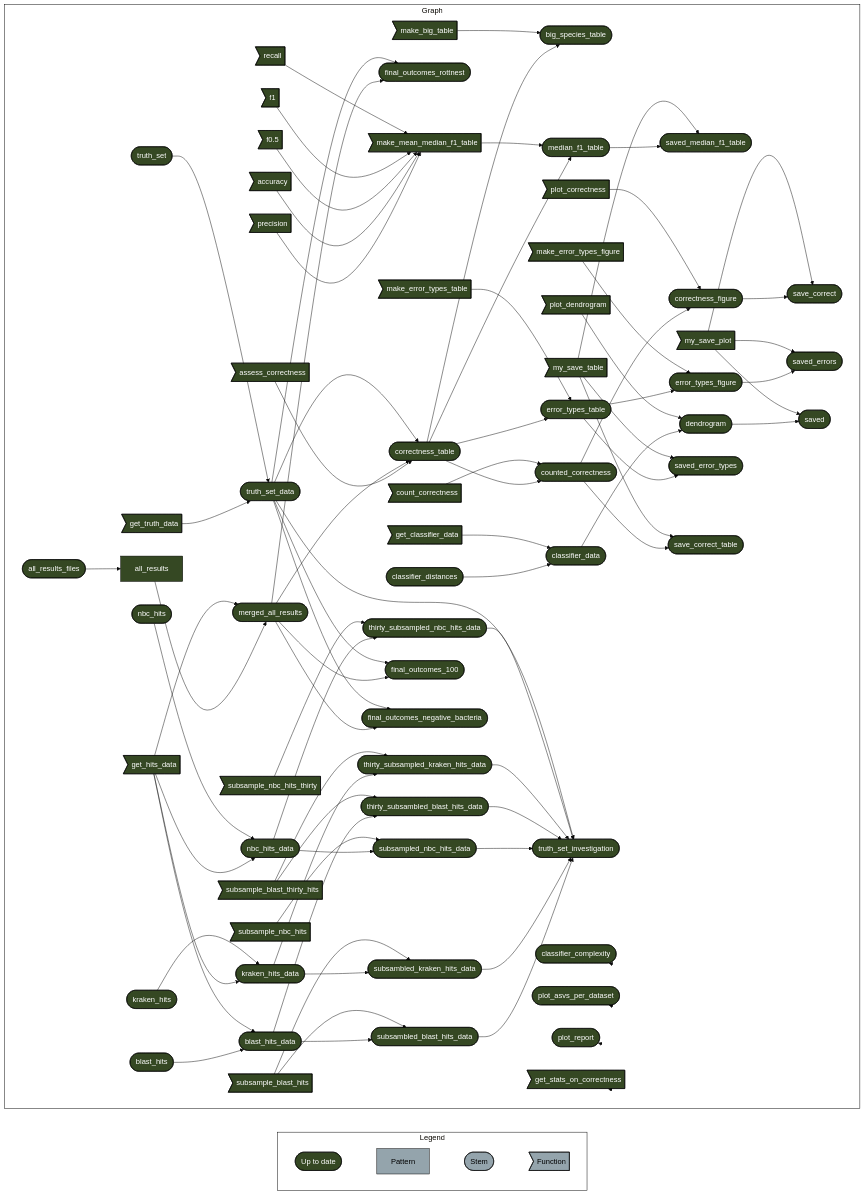
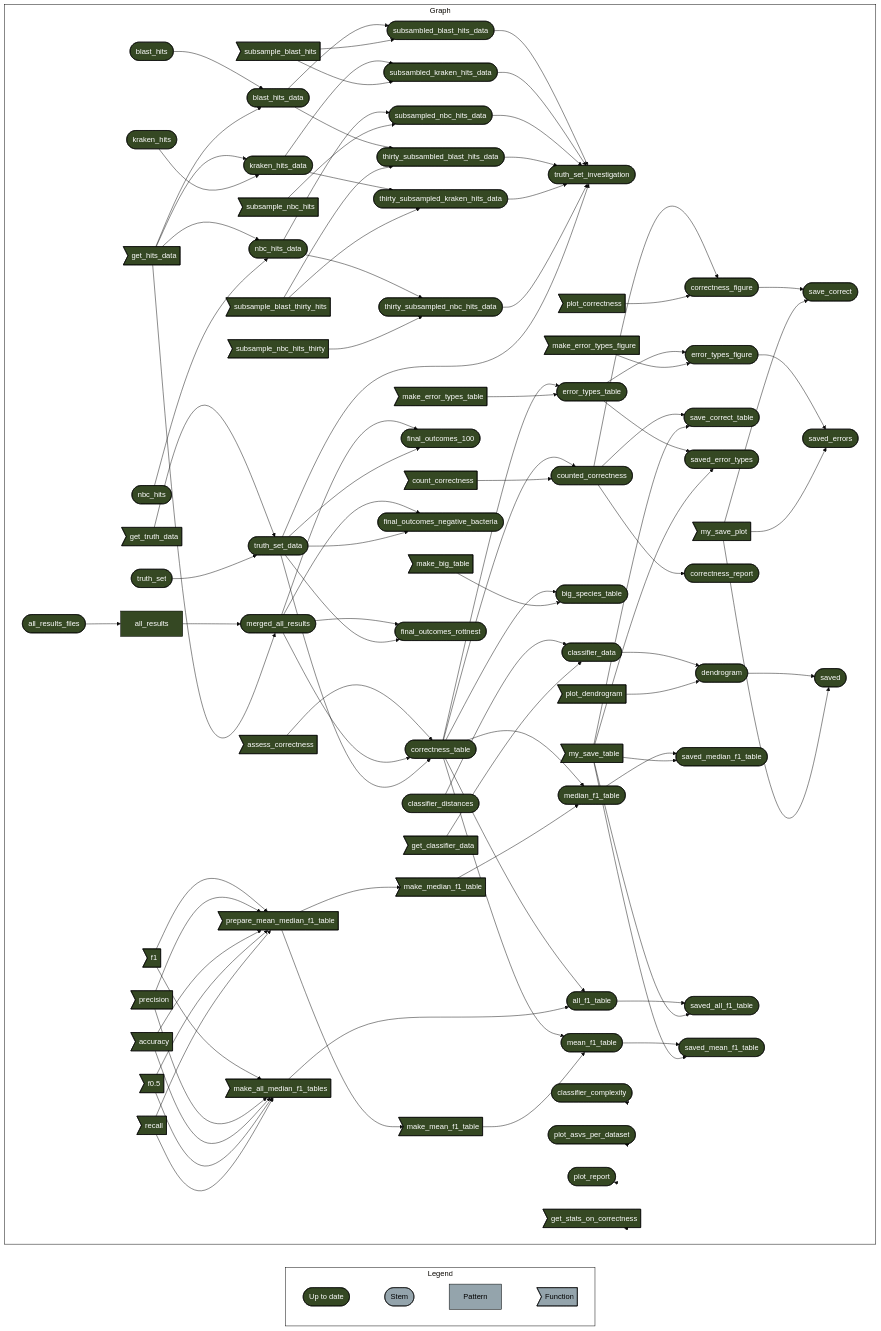
The diagram in README.md (Computational-Biology-OceanOmics/OceanOmics-classifier-comparison), drawn with Mermaid (base theme) before and after one commit. The commit also changed other lines of this file and 123 other files, not shown here.

````diff
--- a/README.md
+++ b/README.md
@@ -28,51 +47,24 @@
   style Graph fill:#FFFFFF00,stroke:#000000;
   subgraph Legend
     direction LR
-    x7420bd9270f8d27d([""Up to date""]):::uptodate --- x70a5fa6bea6f298d[""Pattern""]:::none
-    x70a5fa6bea6f298d[""Pattern""]:::none --- xbf4603d6c2c2ad6b([""Stem""]):::none
-    xbf4603d6c2c2ad6b([""Stem""]):::none --- xf0bce276fe2b9d3e>""Function""]:::none
+    x7420bd9270f8d27d([""Up to date""]):::uptodate --- xbf4603d6c2c2ad6b([""Stem""]):::none
+    xbf4603d6c2c2ad6b([""Stem""]):::none --- x70a5fa6bea6f298d[""Pattern""]:::none
+    x70a5fa6bea6f298d[""Pattern""]:::none --- xf0bce276fe2b9d3e>""Function""]:::none
   end
   subgraph Graph
     direction LR
-    x21ec04b3aba1a739>"precision"]:::uptodate --> xcd3647a431ed3d93>"make_mean_median_f1_table"]:::uptodate
-    x8f227df403c8969f>"accuracy"]:::uptodate --> xcd3647a431ed3d93>"make_mean_median_f1_table"]:::uptodate
-    x5bd3c0b98612ad82>"f0.5"]:::uptodate --> xcd3647a431ed3d93>"make_mean_median_f1_table"]:::uptodate
-    xdfc9ff1b391aa400>"f1"]:::uptodate --> xcd3647a431ed3d93>"make_mean_median_f1_table"]:::uptodate
-    x47d805de93d2f724>"recall"]:::uptodate --> xcd3647a431ed3d93>"make_mean_median_f1_table"]:::uptodate
-    x837f996ab35491da>"get_hits_data"]:::uptodate --> x42612793169637e0(["nbc_hits_data"]):::uptodate
-    x5117ea88dbd5add2(["nbc_hits"]):::uptodate --> x42612793169637e0(["nbc_hits_data"]):::uptodate
-    x92e63fc22641faa5(["merged_all_results"]):::uptodate --> xb55a8ff957ab9650(["final_outcomes_rottnest"]):::uptodate
-    xbdd42ceae2a54d2c(["truth_set_data"]):::uptodate --> xb55a8ff957ab9650(["final_outcomes_rottnest"]):::uptodate
-    x42612793169637e0(["nbc_hits_data"]):::uptodate --> x25ebbc9fc53b1418(["thirty_subsampled_nbc_hits_data"]):::uptodate
-    x476c8f557e2b0910>"subsample_nbc_hits_thirty"]:::uptodate --> x25ebbc9fc53b1418(["thirty_subsampled_nbc_hits_data"]):::uptodate
-    x5f73e2549f58db1c(["correctness_table"]):::uptodate --> x6b25831f1b56a7e8(["big_species_table"]):::uptodate
-    xbb97e5fbae12b8d4>"make_big_table"]:::uptodate --> x6b25831f1b56a7e8(["big_species_table"]):::uptodate
-    x9024d58abea360f6(["kraken_hits_data"]):::uptodate --> xc4269aa5995e6a3f(["subsambled_kraken_hits_data"]):::uptodate
-    xa731a5475c946be2>"subsample_blast_hits"]:::uptodate --> xc4269aa5995e6a3f(["subsambled_kraken_hits_data"]):::uptodate
-    x70622bc5282148b6(["median_f1_table"]):::uptodate --> xa9d595dde94cca52(["saved_median_f1_table"]):::uptodate
-    x7c6dfc5f483b8518>"my_save_table"]:::uptodate --> xa9d595dde94cca52(["saved_median_f1_table"]):::uptodate
-    x4cbe0500373226c1(["classifier_data"]):::uptodate --> x264c7e682ec442b2(["dendrogram"]):::uptodate
-    x994946b41121bfa6>"plot_dendrogram"]:::uptodate --> x264c7e682ec442b2(["dendrogram"]):::uptodate
-    xf2c68c9c4c5bbbc3(["classifier_distances"]):::uptodate --> x4cbe0500373226c1(["classifier_data"]):::uptodate
-    x8279777903f3f13d>"get_classifier_data"]:::uptodate --> x4cbe0500373226c1(["classifier_data"]):::uptodate
-    x0fe0b162e5f2d977(["counted_correctness"]):::uptodate --> x8c50ad78daae7d7d(["correctness_figure"]):::uptodate
-    x5071aff9d46fc375>"plot_correctness"]:::uptodate --> x8c50ad78daae7d7d(["correctness_figure"]):::uptodate
-    xa63f30966279f049["all_results"]:::uptodate --> x92e63fc22641faa5(["merged_all_results"]):::uptodate
-    x837f996ab35491da>"get_hits_data"]:::uptodate --> x92e63fc22641faa5(["merged_all_results"]):::uptodate
-    x544a22aeaed1b2e4>"get_truth_data"]:::uptodate --> xbdd42ceae2a54d2c(["truth_set_data"]):::uptodate
-    x70199d3b1152e374(["truth_set"]):::uptodate --> xbdd42ceae2a54d2c(["truth_set_data"]):::uptodate
-    xe9d8f2de59f79fa1(["blast_hits_data"]):::uptodate --> xf80ecf3117225a62(["thirty_subsambled_blast_hits_data"]):::uptodate
-    x1f8a2aa3facf1873>"subsample_blast_thirty_hits"]:::uptodate --> xf80ecf3117225a62(["thirty_subsambled_blast_hits_data"]):::uptodate
-    x837f996ab35491da>"get_hits_data"]:::uptodate --> x9024d58abea360f6(["kraken_hits_data"]):::uptodate
-    xc4cff7b61e825181(["kraken_hits"]):::uptodate --> x9024d58abea360f6(["kraken_hits_data"]):::uptodate
-    x5f73e2549f58db1c(["correctness_table"]):::uptodate --> x0fe0b162e5f2d977(["counted_correctness"]):::uptodate
-    x057c70bd2d39499f>"count_correctness"]:::uptodate --> x0fe0b162e5f2d977(["counted_correctness"]):::uptodate
-    x92e63fc22641faa5(["merged_all_results"]):::uptodate --> x4c3c668f02e94ea5(["final_outcomes_100"]):::uptodate
-    xbdd42ceae2a54d2c(["truth_set_data"]):::uptodate --> x4c3c668f02e94ea5(["final_outcomes_100"]):::uptodate
-    x92e63fc22641faa5(["merged_all_results"]):::uptodate --> xf37c16a7303abc16(["final_outcomes_negative_bacteria"]):::uptodate
-    xbdd42ceae2a54d2c(["truth_set_data"]):::uptodate --> xf37c16a7303abc16(["final_outcomes_negative_bacteria"]):::uptodate
-    x4c833e115353960c(["error_types_table"]):::uptodate --> xca66a2548aec4c6b(["error_types_figure"]):::uptodate
-    x5b31c06096fd55a4>"make_error_types_figure"]:::uptodate --> xca66a2548aec4c6b(["error_types_figure"]):::uptodate
+    xdfc9ff1b391aa400>"f1"]:::uptodate --> x226a5ee01d1e3334>"prepare_mean_median_f1_table"]:::uptodate
+    xdfc9ff1b391aa400>"f1"]:::uptodate --> xcb93849922a59cf2>"make_all_median_f1_tables"]:::uptodate
+    x21ec04b3aba1a739>"precision"]:::uptodate --> x226a5ee01d1e3334>"prepare_mean_median_f1_table"]:::uptodate
+    x21ec04b3aba1a739>"precision"]:::uptodate --> xcb93849922a59cf2>"make_all_median_f1_tables"]:::uptodate
+    x8f227df403c8969f>"accuracy"]:::uptodate --> x226a5ee01d1e3334>"prepare_mean_median_f1_table"]:::uptodate
+    x8f227df403c8969f>"accuracy"]:::uptodate --> xcb93849922a59cf2>"make_all_median_f1_tables"]:::uptodate
+    x5bd3c0b98612ad82>"f0.5"]:::uptodate --> x226a5ee01d1e3334>"prepare_mean_median_f1_table"]:::uptodate
+    x5bd3c0b98612ad82>"f0.5"]:::uptodate --> xcb93849922a59cf2>"make_all_median_f1_tables"]:::uptodate
+    x47d805de93d2f724>"recall"]:::uptodate --> x226a5ee01d1e3334>"prepare_mean_median_f1_table"]:::uptodate
+    x47d805de93d2f724>"recall"]:::uptodate --> xcb93849922a59cf2>"make_all_median_f1_tables"]:::uptodate
+    x226a5ee01d1e3334>"prepare_mean_median_f1_table"]:::uptodate --> xa437480d714ce9cc>"make_median_f1_table"]:::uptodate
+    x226a5ee01d1e3334>"prepare_mean_median_f1_table"]:::uptodate --> xa8d8eda9356629b2>"make_mean_f1_table"]:::uptodate
     x7477a20106b865a4(["subsambled_blast_hits_data"]):::uptodate --> xc7b5a37005176fd4(["truth_set_investigation"]):::uptodate
     xc4269aa5995e6a3f(["subsambled_kraken_hits_data"]):::uptodate --> xc7b5a37005176fd4(["truth_set_investigation"]):::uptodate
     xcc0ae95627a4c782(["subsampled_nbc_hits_data"]):::uptodate --> xc7b5a37005176fd4(["truth_set_investigation"]):::uptodate
@@ -80,32 +72,75 @@
     x9f533bb9ed6cc0bf(["thirty_subsampled_kraken_hits_data"]):::uptodate --> xc7b5a37005176fd4(["truth_set_investigation"]):::uptodate
     x25ebbc9fc53b1418(["thirty_subsampled_nbc_hits_data"]):::uptodate --> xc7b5a37005176fd4(["truth_set_investigation"]):::uptodate
     xbdd42ceae2a54d2c(["truth_set_data"]):::uptodate --> xc7b5a37005176fd4(["truth_set_investigation"]):::uptodate
+    xe9d8f2de59f79fa1(["blast_hits_data"]):::uptodate --> x7477a20106b865a4(["subsambled_blast_hits_data"]):::uptodate
+    xa731a5475c946be2>"subsample_blast_hits"]:::uptodate --> x7477a20106b865a4(["subsambled_blast_hits_data"]):::uptodate
+    x2ff9bf2efd8ea8fa(["all_results_files"]):::uptodate --> xa63f30966279f049["all_results"]:::uptodate
+    x92e63fc22641faa5(["merged_all_results"]):::uptodate --> x4c3c668f02e94ea5(["final_outcomes_100"]):::uptodate
+    xbdd42ceae2a54d2c(["truth_set_data"]):::uptodate --> x4c3c668f02e94ea5(["final_outcomes_100"]):::uptodate
+    xc65a25d9d96e8f7c(["blast_hits"]):::uptodate --> xe9d8f2de59f79fa1(["blast_hits_data"]):::uptodate
+    x837f996ab35491da>"get_hits_data"]:::uptodate --> xe9d8f2de59f79fa1(["blast_hits_data"]):::uptodate
     x5f73e2549f58db1c(["correctness_table"]):::uptodate --> x70622bc5282148b6(["median_f1_table"]):::uptodate
-    xcd3647a431ed3d93>"make_mean_median_f1_table"]:::uptodate --> x70622bc5282148b6(["median_f1_table"]):::uptodate
+    xa437480d714ce9cc>"make_median_f1_table"]:::uptodate --> x70622bc5282148b6(["median_f1_table"]):::uptodate
+    x837f996ab35491da>"get_hits_data"]:::uptodate --> x42612793169637e0(["nbc_hits_data"]):::uptodate
+    x5117ea88dbd5add2(["nbc_hits"]):::uptodate --> x42612793169637e0(["nbc_hits_data"]):::uptodate
+    x92e63fc22641faa5(["merged_all_results"]):::uptodate --> xf37c16a7303abc16(["final_outcomes_negative_bacteria"]):::uptodate
+    xbdd42ceae2a54d2c(["truth_set_data"]):::uptodate --> xf37c16a7303abc16(["final_outcomes_negative_bacteria"]):::uptodate
+    x5f73e2549f58db1c(["correctness_table"]):::uptodate --> x4c833e115353960c(["error_types_table"]):::uptodate
+    xb05f917768a3a00b>"make_error_types_table"]:::uptodate --> x4c833e115353960c(["error_types_table"]):::uptodate
     x8c50ad78daae7d7d(["correctness_figure"]):::uptodate --> x962124a214cc566f(["save_correct"]):::uptodate
     x063d54dad6ed438a>"my_save_plot"]:::uptodate --> x962124a214cc566f(["save_correct"]):::uptodate
+    xa63f30966279f049["all_results"]:::uptodate --> x92e63fc22641faa5(["merged_all_results"]):::uptodate
+    x837f996ab35491da>"get_hits_data"]:::uptodate --> x92e63fc22641faa5(["merged_all_results"]):::uptodate
+    x92e63fc22641faa5(["merged_all_results"]):::uptodate --> xb55a8ff957ab9650(["final_outcomes_rottnest"]):::uptodate
+    xbdd42ceae2a54d2c(["truth_set_data"]):::uptodate --> xb55a8ff957ab9650(["final_outcomes_rottnest"]):::uptodate
+    x5f73e2549f58db1c(["correctness_table"]):::uptodate --> xfa1577f5d32df900(["mean_f1_table"]):::uptodate
+    xa8d8eda9356629b2>"make_mean_f1_table"]:::uptodate --> xfa1577f5d32df900(["mean_f1_table"]):::uptodate
+    x5f73e2549f58db1c(["correctness_table"]):::uptodate --> x0fe0b162e5f2d977(["counted_correctness"]):::uptodate
+    x057c70bd2d39499f>"count_correctness"]:::uptodate --> x0fe0b162e5f2d977(["counted_correctness"]):::uptodate
+    x5f73e2549f58db1c(["correctness_table"]):::uptodate --> x6b25831f1b56a7e8(["big_species_table"]):::uptodate
+    xbb97e5fbae12b8d4>"make_big_table"]:::uptodate --> x6b25831f1b56a7e8(["big_species_table"]):::uptodate
+    x42612793169637e0(["nbc_hits_data"]):::uptodate --> x25ebbc9fc53b1418(["thirty_subsampled_nbc_hits_data"]):::uptodate
+    x476c8f557e2b0910>"subsample_nbc_hits_thirty"]:::uptodate --> x25ebbc9fc53b1418(["thirty_subsampled_nbc_hits_data"]):::uptodate
+    x544a22aeaed1b2e4>"get_truth_data"]:::uptodate --> xbdd42ceae2a54d2c(["truth_set_data"]):::uptodate
+    x70199d3b1152e374(["truth_set"]):::uptodate --> xbdd42ceae2a54d2c(["truth_set_data"]):::uptodate
+    x0fe0b162e5f2d977(["counted_correctness"]):::uptodate --> x378df8f1e0d25e26(["save_correct_table"]):::uptodate
+    x7c6dfc5f483b8518>"my_save_table"]:::uptodate --> x378df8f1e0d25e26(["save_correct_table"]):::uptodate
+    x837f996ab35491da>"get_hits_data"]:::uptodate --> x9024d58abea360f6(["kraken_hits_data"]):::uptodate
+    xc4cff7b61e825181(["kraken_hits"]):::uptodate --> x9024d58abea360f6(["kraken_hits_data"]):::uptodate
+    x4c833e115353960c(["error_types_table"]):::uptodate --> xcc0a806ae560c099(["saved_error_types"]):::uptodate
+    x7c6dfc5f483b8518>"my_save_table"]:::uptodate --> xcc0a806ae560c099(["saved_error_types"]):::uptodate
     x62f627c2bcc7f4a3>"assess_correctness"]:::uptodate --> x5f73e2549f58db1c(["correctness_table"]):::uptodate
     x92e63fc22641faa5(["merged_all_results"]):::uptodate --> x5f73e2549f58db1c(["correctness_table"]):::uptodate
     xbdd42ceae2a54d2c(["truth_set_data"]):::uptodate --> x5f73e2549f58db1c(["correctness_table"]):::uptodate
+    xca66a2548aec4c6b(["error_types_figure"]):::uptodate --> x10a7fb6eb6bfb12a(["saved_errors"]):::uptodate
+    x063d54dad6ed438a>"my_save_plot"]:::uptodate --> x10a7fb6eb6bfb12a(["saved_errors"]):::uptodate
+    xf2c68c9c4c5bbbc3(["classifier_distances"]):::uptodate --> x4cbe0500373226c1(["classifier_data"]):::uptodate
+    x8279777903f3f13d>"get_classifier_data"]:::uptodate --> x4cbe0500373226c1(["classifier_data"]):::uptodate
     x9024d58abea360f6(["kraken_hits_data"]):::uptodate --> x9f533bb9ed6cc0bf(["thirty_subsampled_kraken_hits_data"]):::uptodate
     x1f8a2aa3facf1873>"subsample_blast_thirty_hits"]:::uptodate --> x9f533bb9ed6cc0bf(["thirty_subsampled_kraken_hits_data"]):::uptodate
-    x4c833e115353960c(["error_types_table"]):::uptodate --> xcc0a806ae560c099(["saved_error_types"]):::uptodate
-    x7c6dfc5f483b8518>"my_save_table"]:::uptodate --> xcc0a806ae560c099(["saved_error_types"]):::uptodate
-    xe9d8f2de59f79fa1(["blast_hits_data"]):::uptodate --> x7477a20106b865a4(["subsambled_blast_hits_data"]):::uptodate
-    xa731a5475c946be2>"subsample_blast_hits"]:::uptodate --> x7477a20106b865a4(["subsambled_blast_hits_data"]):::uptodate
-    xca66a2548aec4c6b(["error_types_figure"]):::uptodate --> x10a7fb6eb6bfb12a(["saved_errors"]):::uptodate
-    x063d54dad6ed438a>"my_save_plot"]:::uptodate --> x10a7fb6eb6bfb12a(["saved_errors"]):::uptodate
-    x2ff9bf2efd8ea8fa(["all_results_files"]):::uptodate --> xa63f30966279f049["all_results"]:::uptodate
+    x0fe0b162e5f2d977(["counted_correctness"]):::uptodate --> x74212a93ce53aa32(["correctness_report"]):::uptodate
     x264c7e682ec442b2(["dendrogram"]):::uptodate --> xaf4a1b2829040c15(["saved"]):::uptodate
     x063d54dad6ed438a>"my_save_plot"]:::uptodate --> xaf4a1b2829040c15(["saved"]):::uptodate
+    xe9d8f2de59f79fa1(["blast_hits_data"]):::uptodate --> xf80ecf3117225a62(["thirty_subsambled_blast_hits_data"]):::uptodate
+    x1f8a2aa3facf1873>"subsample_blast_thirty_hits"]:::uptodate --> xf80ecf3117225a62(["thirty_subsambled_blast_hits_data"]):::uptodate
+    x9024d58abea360f6(["kraken_hits_data"]):::uptodate --> xc4269aa5995e6a3f(["subsambled_kraken_hits_data"]):::uptodate
+    xa731a5475c946be2>"subsample_blast_hits"]:::uptodate --> xc4269aa5995e6a3f(["subsambled_kraken_hits_data"]):::uptodate
+    x0fe0b162e5f2d977(["counted_correctness"]):::uptodate --> x8c50ad78daae7d7d(["correctness_figure"]):::uptodate
+    x5071aff9d46fc375>"plot_correctness"]:::uptodate --> x8c50ad78daae7d7d(["correctness_figure"]):::uptodate
+    x4c833e115353960c(["error_types_table"]):::uptodate --> xca66a2548aec4c6b(["error_types_figure"]):::uptodate
+    x5b31c06096fd55a4>"make_error_types_figure"]:::uptodate --> xca66a2548aec4c6b(["error_types_figure"]):::uptodate
     x42612793169637e0(["nbc_hits_data"]):::uptodate --> xcc0ae95627a4c782(["subsampled_nbc_hits_data"]):::uptodate
     x7cb45ddc20e499f4>"subsample_nbc_hits"]:::uptodate --> xcc0ae95627a4c782(["subsampled_nbc_hits_data"]):::uptodate
-    x5f73e2549f58db1c(["correctness_table"]):::uptodate --> x4c833e115353960c(["error_types_table"]):::uptodate
-    xb05f917768a3a00b>"make_error_types_table"]:::uptodate --> x4c833e115353960c(["error_types_table"]):::uptodate
-    xc65a25d9d96e8f7c(["blast_hits"]):::uptodate --> xe9d8f2de59f79fa1(["blast_hits_data"]):::uptodate
-    x837f996ab35491da>"get_hits_data"]:::uptodate --> xe9d8f2de59f79fa1(["blast_hits_data"]):::uptodate
-    x0fe0b162e5f2d977(["counted_correctness"]):::uptodate --> x378df8f1e0d25e26(["save_correct_table"]):::uptodate
-    x7c6dfc5f483b8518>"my_save_table"]:::uptodate --> x378df8f1e0d25e26(["save_correct_table"]):::uptodate
+    x5f73e2549f58db1c(["correctness_table"]):::uptodate --> xdd2be6b5e9cf648e(["all_f1_table"]):::uptodate
+    xcb93849922a59cf2>"make_all_median_f1_tables"]:::uptodate --> xdd2be6b5e9cf648e(["all_f1_table"]):::uptodate
+    x70622bc5282148b6(["median_f1_table"]):::uptodate --> xa9d595dde94cca52(["saved_median_f1_table"]):::uptodate
+    x7c6dfc5f483b8518>"my_save_table"]:::uptodate --> xa9d595dde94cca52(["saved_median_f1_table"]):::uptodate
+    xdd2be6b5e9cf648e(["all_f1_table"]):::uptodate --> x546082feab63db27(["saved_all_f1_table"]):::uptodate
+    x7c6dfc5f483b8518>"my_save_table"]:::uptodate --> x546082feab63db27(["saved_all_f1_table"]):::uptodate
+    x4cbe0500373226c1(["classifier_data"]):::uptodate --> x264c7e682ec442b2(["dendrogram"]):::uptodate
+    x994946b41121bfa6>"plot_dendrogram"]:::uptodate --> x264c7e682ec442b2(["dendrogram"]):::uptodate
+    xfa1577f5d32df900(["mean_f1_table"]):::uptodate --> x9f2fe98d5fbf15c0(["saved_mean_f1_table"]):::uptodate
+    x7c6dfc5f483b8518>"my_save_table"]:::uptodate --> x9f2fe98d5fbf15c0(["saved_mean_f1_table"]):::uptodate
     x801b32f234e20cdc(["classifier_complexity"]):::uptodate --> x801b32f234e20cdc(["classifier_complexity"]):::uptodate
     xe40955de534d0cf1(["plot_asvs_per_dataset"]):::uptodate --> xe40955de534d0cf1(["plot_asvs_per_dataset"]):::uptodate
     xbf5ac67708da2696(["plot_report"]):::uptodate --> xbf5ac67708da2696(["plot_report"]):::uptodate
@@ -116,8 +151,8 @@
   linkStyle 0 stroke-width:0px;
   linkStyle 1 stroke-width:0px;
   linkStyle 2 stroke-width:0px;
-  linkStyle 75 stroke-width:0px;
-  linkStyle 76 stroke-width:0px;
-  linkStyle 77 stroke-width:0px;
-  linkStyle 78 stroke-width:0px;
+  linkStyle 91 stroke-width:0px;
+  linkStyle 92 stroke-width:0px;
+  linkStyle 93 stroke-width:0px;
+  linkStyle 94 stroke-width:0px;
 ```
````
